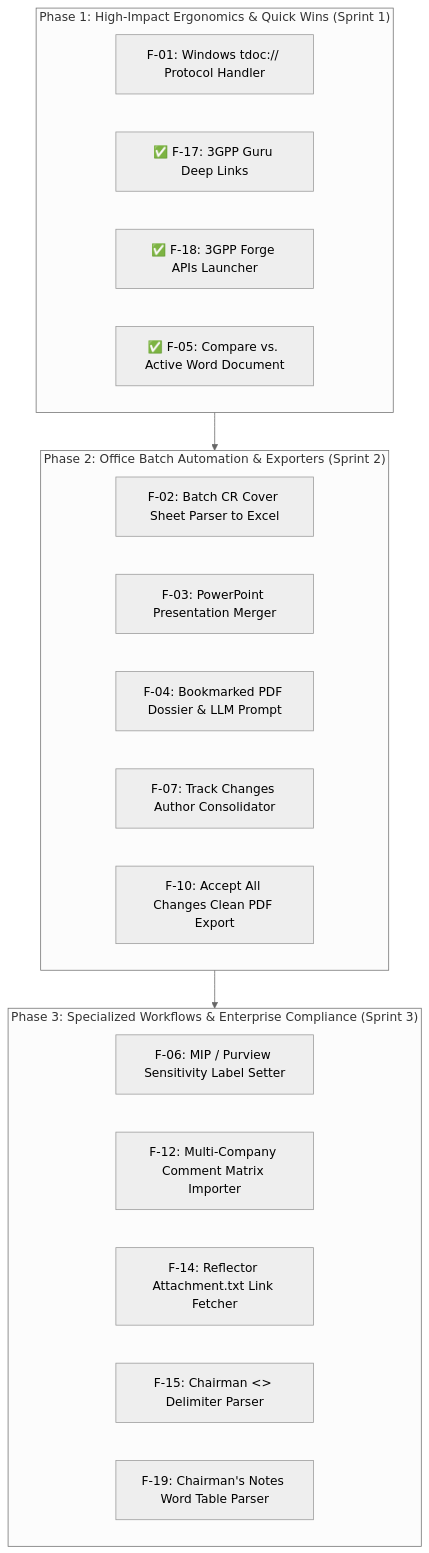
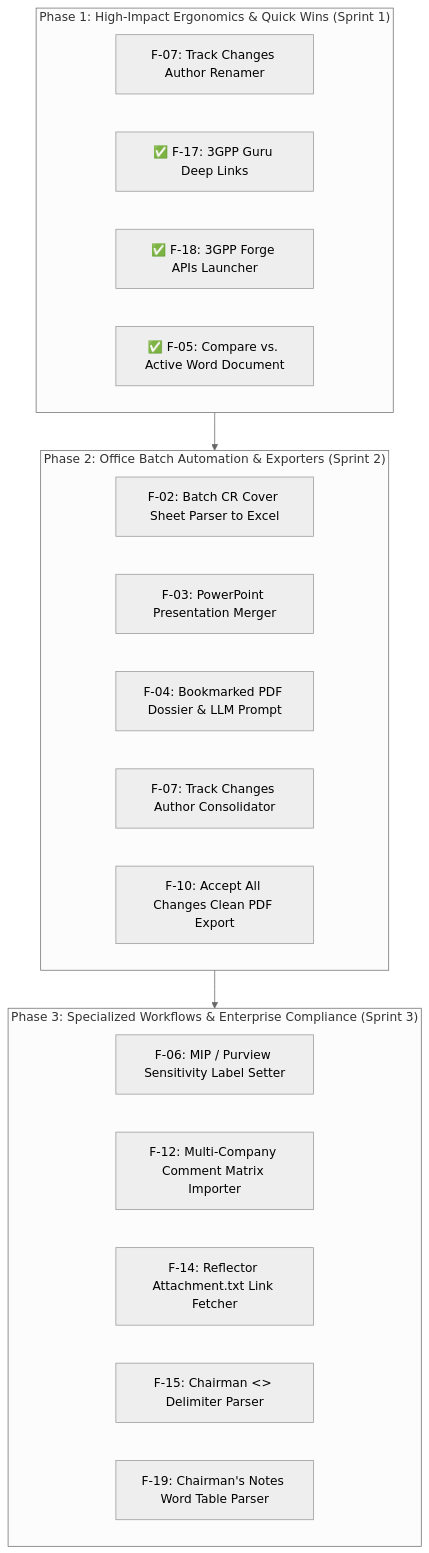
Before and after one commit to telekom/3gpp-meeting-tools: the diagram in 3GPP Tools/docs/legacy_features/README.md, drawn with Mermaid (neutral theme). The commit also changed other lines of this file and 4 other files, not shown here.

Commit message:
docs: deprecate legacy feature F-01 Windows tdoc URL protocol handler

````diff
--- a/3GPP Tools/docs/legacy_features/README.md
+++ b/3GPP Tools/docs/legacy_features/README.md
@@ -48,27 +48,27 @@
 ```mermaid
 flowchart TD
     subgraph Phase1["Phase 1: High-Impact Ergonomics & Quick Wins (Sprint 1)"]
-        P1_1["F-01: Windows tdoc:// Protocol Handler"]
+        P1_1["F-07: Track Changes Author Renamer"]
         P1_2["✅ F-17: 3GPP Guru Deep Links"]
         P1_3["✅ F-18: 3GPP Forge APIs Launcher"]
         P1_4["✅ F-05: Compare vs. Active Word Document"]
     end
 
     subgraph Phase2["Phase 2: Office Batch Automation & Exporters (Sprint 2)"]
         P2_1["F-02: Batch CR Cover Sheet Parser to Excel"]
         P2_2["F-03: PowerPoint Presentation Merger"]
         P2_3["F-04: Bookmarked PDF Dossier & LLM Prompt"]
         P2_4["F-07: Track Changes Author Consolidator"]
         P2_5["F-10: Accept All Changes Clean PDF Export"]
     end
 
     subgraph Phase3["Phase 3: Specialized Workflows & Enterprise Compliance (Sprint 3)"]
         P3_1["F-06: MIP / Purview Sensitivity Label Setter"]
         P3_2["F-12: Multi-Company Comment Matrix Importer"]
         P3_3["F-14: Reflector Attachment.txt Link Fetcher"]
         P3_4["F-15: Chairman <<START>> Delimiter Parser"]
         P3_5["F-19: Chairman's Notes Word Table Parser"]
     end
 
     Phase1 --> Phase2 --> Phase3
 ```
````
